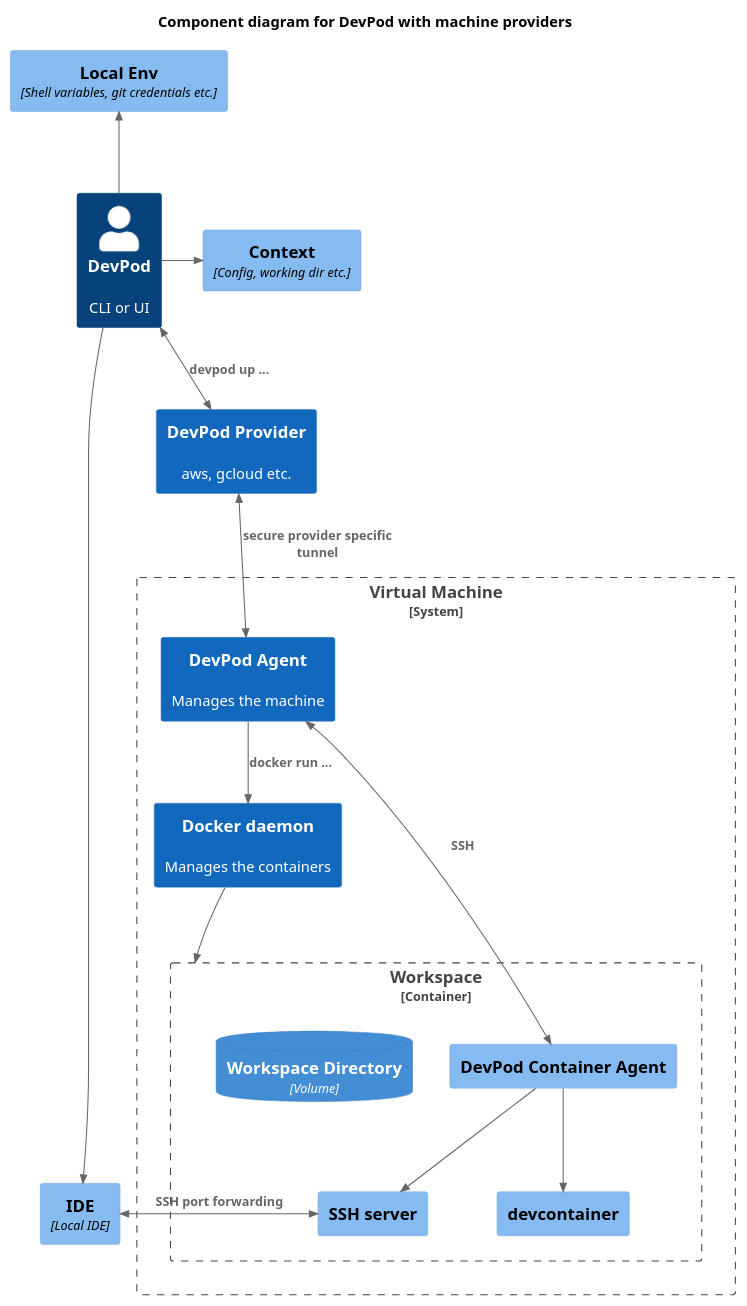
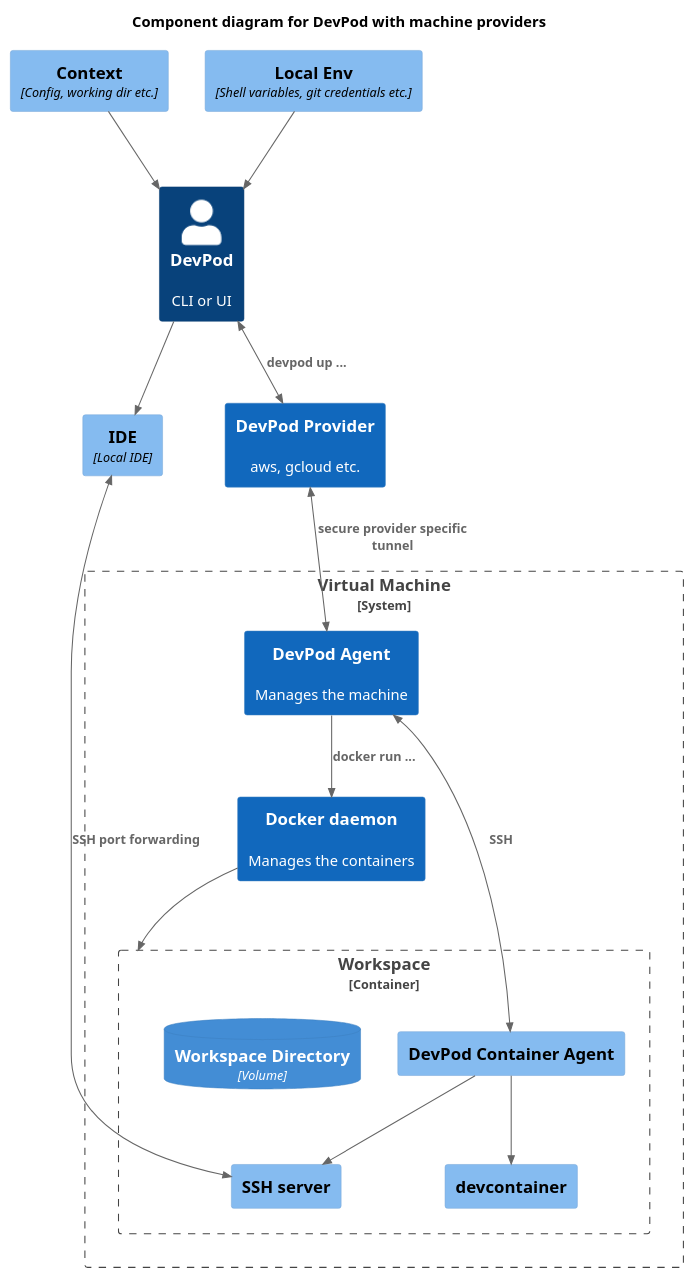
One commit to loft-sh/devpod changed the diagram in docs/uml/c4_component_machine.puml. Above: the diagram before and after it, drawn with PlantUML. The commit also changed 4 other files, not shown here.

```diff
--- a/docs/uml/c4_component_machine.puml
+++ b/docs/uml/c4_component_machine.puml
@@ -1,37 +1,37 @@
 @startuml
 !include https://raw.githubusercontent.com/plantuml-stdlib/C4-PlantUML/master/C4_Component.puml
 
 HIDE_STEREOTYPE()
 LAYOUT_TOP_DOWN()
 
 title Component diagram for DevPod with machine providers
 
 Person(user, "DevPod", "CLI or UI")
 System(prov, "DevPod Provider", "aws, gcloud etc.")
 Component(ide, "IDE", "Local IDE")
 Component(ctx, "Context", "Config, working dir etc.")
 Component(env, "Local Env", "Shell variables, git credentials etc.")
 
 System_Boundary(cluster, "Virtual Machine") {
   System(controlPlane, "DevPod Agent", "Manages the machine")
   System(dockerd, "Docker daemon", "Manages the containers")
   Container_Boundary(ws, "Workspace") {
     Component(runner, "devcontainer", "")
     Component(agent, "DevPod Container Agent", "")
     Component(ssh, "SSH server", "")
     ContainerDb(dir, "Workspace Directory", "Volume", "")
   }
 }
 
-BiRel(user, prov, "devpod up ...")
+BiRel(user, prov, " devpod up ...")
 BiRel(prov, controlPlane, "secure provider specific tunnel")
 Rel(controlPlane, dockerd, "docker run ...")
-Rel(dockerd, ws, " ")
-Rel(agent, ssh, " ")
-Rel(agent, runner, " ")
+Rel(dockerd, ws, "")
+Rel(agent, ssh, "")
+Rel(agent, runner, "")
 BiRel_Right(ide, ssh, "SSH port forwarding")
-Rel(user, ide, " ")
-Rel_Right(user, ctx, " ")
-Rel_Up(user, env, " ")
+Rel(user, ide, "")
+Rel(ctx, user, "")
+Rel(env, user, "")
 BiRel(controlPlane, agent, " SSH")
 @enduml
```
